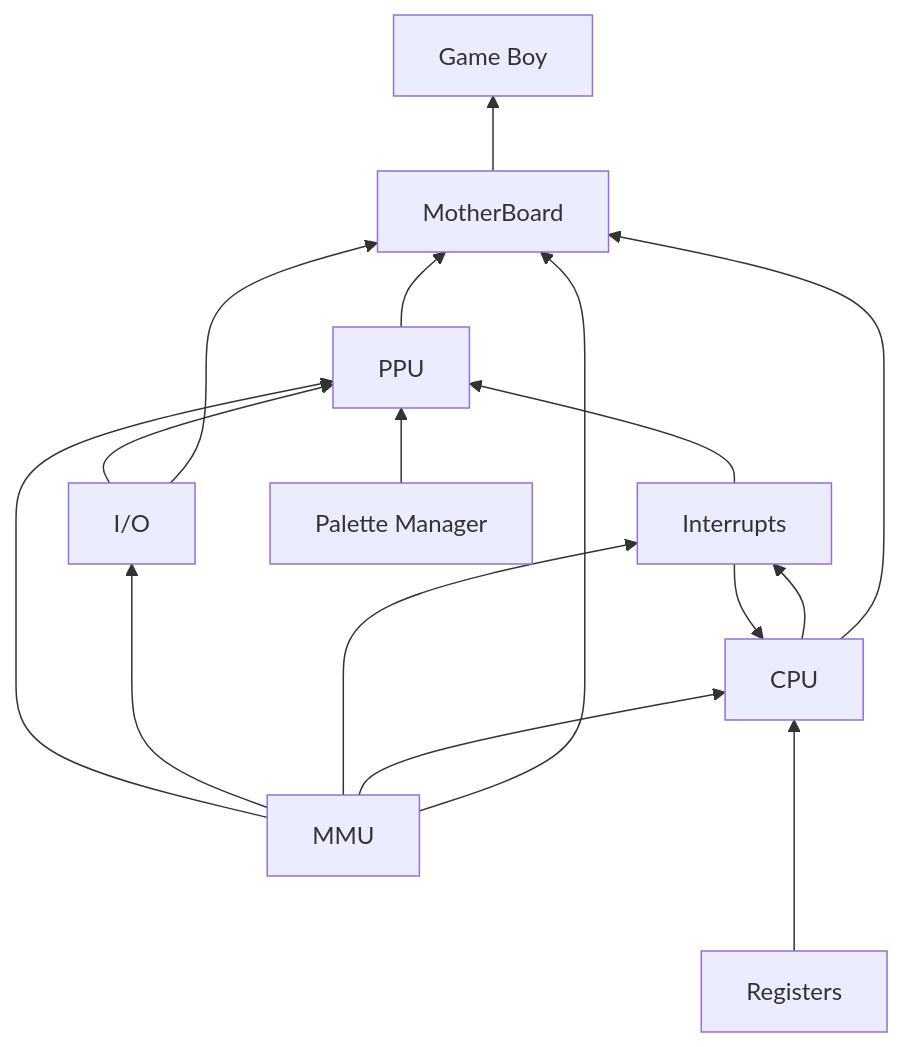
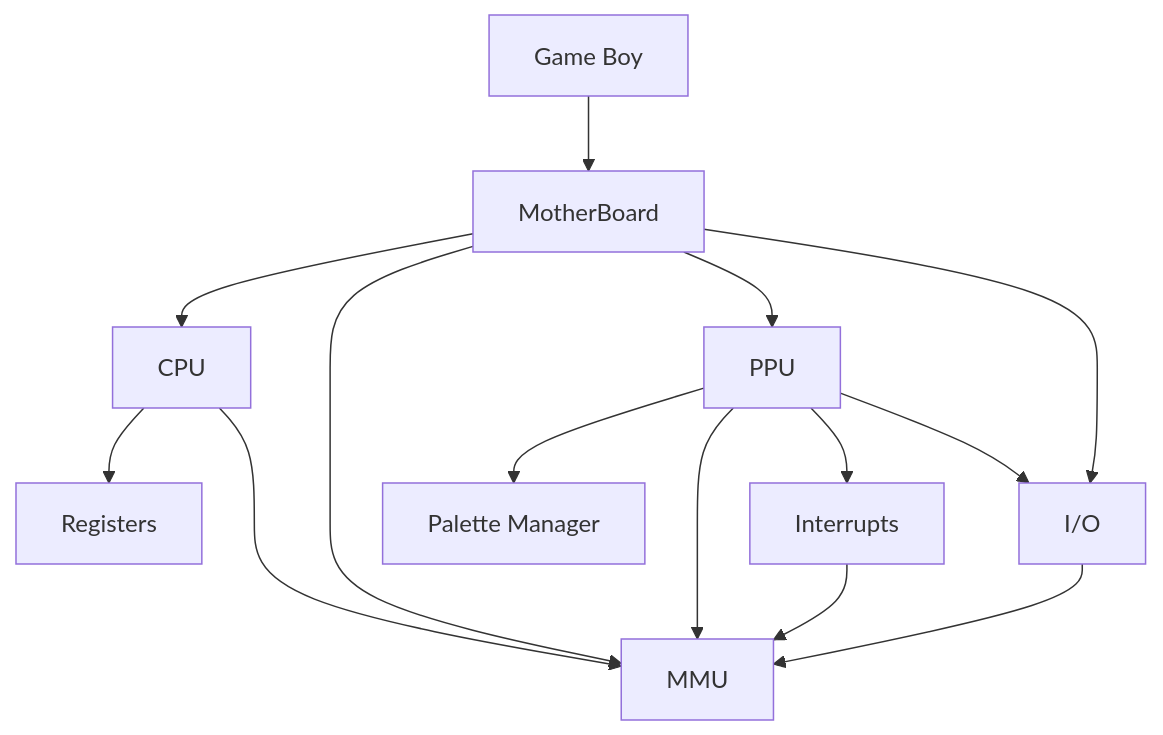
Before and after one commit to MarcAlx/gb: the diagram in src/packages/GBKit/README.md, drawn with Mermaid.

Commit message:
[doc] update dependency graph of components

````diff
--- a/src/packages/GBKit/README.md
+++ b/src/packages/GBKit/README.md
@@ -9,32 +9,31 @@
 ```mermaid
-graph BT;
+graph TB;
   GB[Game Boy]
   MB[MotherBoard]
   CPU[CPU]
   MMU[MMU]
   IO[I/O]
   R[Registers]
-
   INT[Interrupts]
   PM[Palette Manager]
 
-  MB --> GB;
-  CPU --> MB;
-  MMU --> MB;
-  PPU --> MB;
-  IO --> MB;
+  GB --> MB;
 
-  R ---> CPU;
-  INT --> CPU;
-  MMU --> CPU;
-  CPU --> INT;
-  MMU --> INT;
+  MB --> CPU;
+  MB --> MMU;
+  MB --> PPU;
+  MB --> IO;
 
-  MMU --> IO;
+  INT --> MMU;
 
-  IO --> PPU;
-  MMU --> PPU;
-  INT --> PPU;
-  PM --> PPU;
+  CPU --> R;
+  CPU ---> MMU;
+
+  PPU --> PM;
+  PPU --> MMU;
+  PPU --> INT;
+  PPU --> IO;
+
+  IO --> MMU;
   
 ```
````
